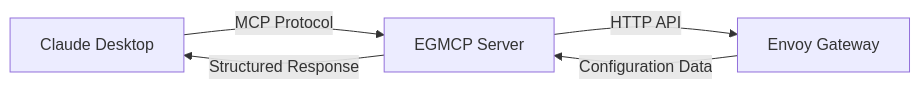
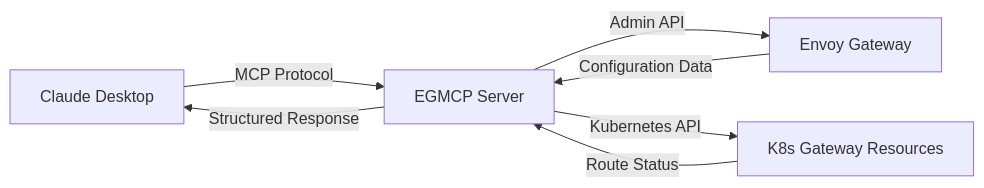
The first of 2 diagrams in USER_GUIDE.md (saptak/eg-mcp-server), drawn with Mermaid before and after one commit. The commit also changed other lines of this file, not shown here.

````diff
--- a/USER_GUIDE.md
+++ b/USER_GUIDE.md
@@ -33,7 +56,9 @@
 ```mermaid
 graph LR
     A[Claude Desktop] -->|MCP Protocol| B[EGMCP Server]
-    B -->|HTTP API| C[Envoy Gateway]
+    B -->|Admin API| C[Envoy Gateway]
+    B -->|Kubernetes API| D[K8s Gateway Resources]
     C -->|Configuration Data| B
+    D -->|Route Status| B
     B -->|Structured Response| A
 ```
````
